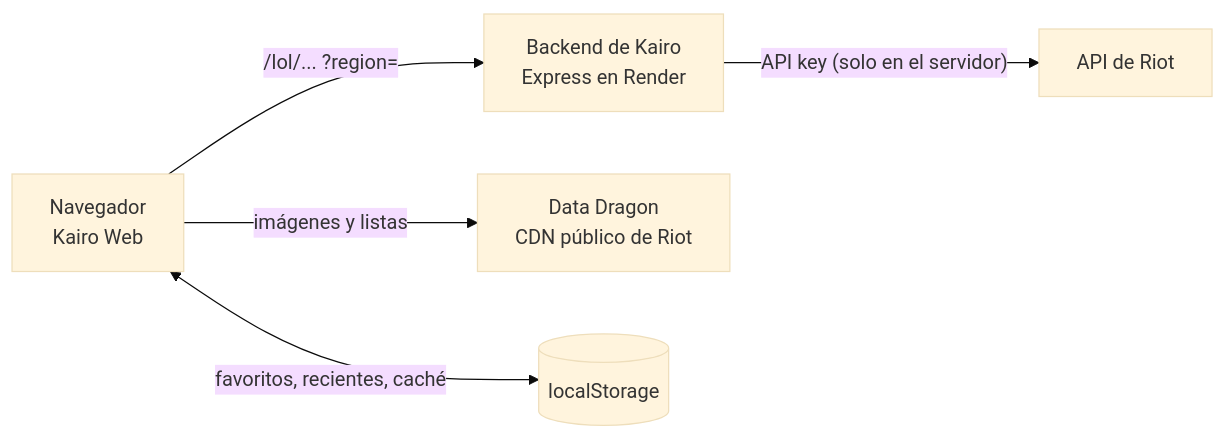
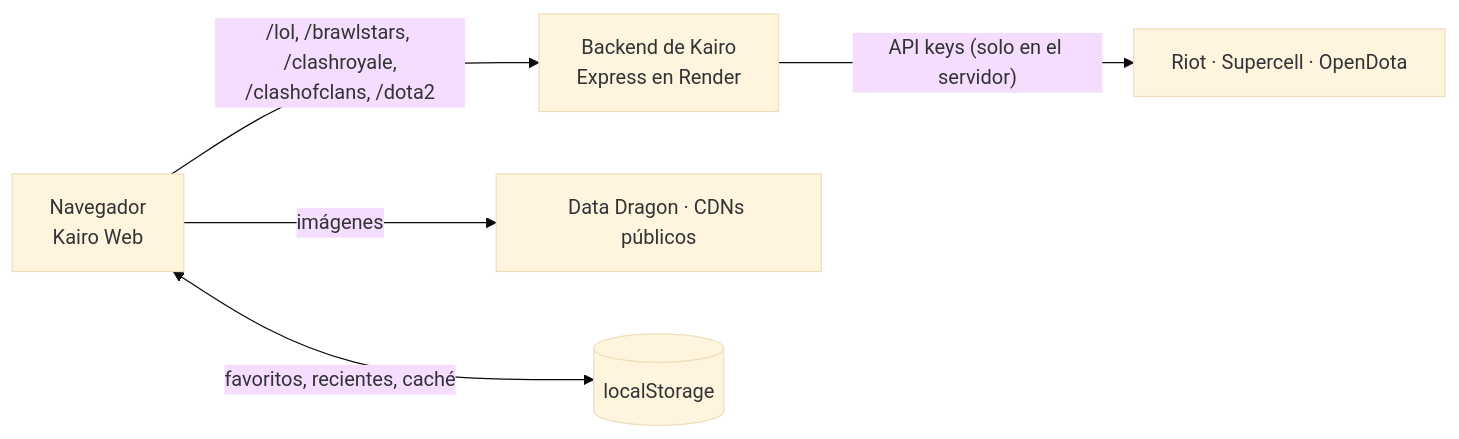
The diagram in README.md (0scar07/kairo-web), drawn with Mermaid (base theme) before and after one commit. The commit also changed other lines of this file and 7 other files, not shown here.

````diff
--- a/README.md
+++ b/README.md
@@ -133,7 +163,7 @@
 ```mermaid
 flowchart LR
-  B[Navegador<br/>Kairo Web] -- "/lol/... ?region=" --> K[Backend de Kairo<br/>Express en Render]
-  K -- "API key (solo en el servidor)" --> R[API de Riot]
-  B -- "imágenes y listas" --> D[Data Dragon<br/>CDN público de Riot]
+  B[Navegador<br/>Kairo Web] -- "/lol, /brawlstars, /clashroyale,<br/>/clashofclans, /dota2" --> K[Backend de Kairo<br/>Express en Render]
+  K -- "API keys (solo en el servidor)" --> R[Riot · Supercell · OpenDota]
+  B -- "imágenes" --> D[Data Dragon · CDNs públicos]
   B <-- "favoritos, recientes, caché" --> L[(localStorage)]
 ```
````
